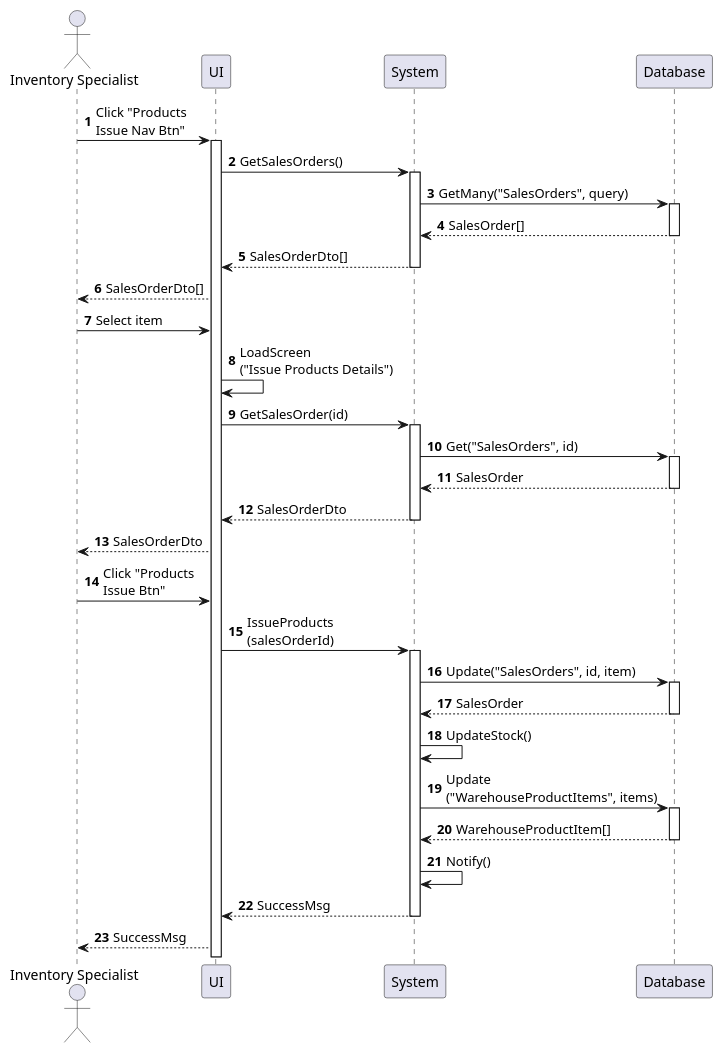
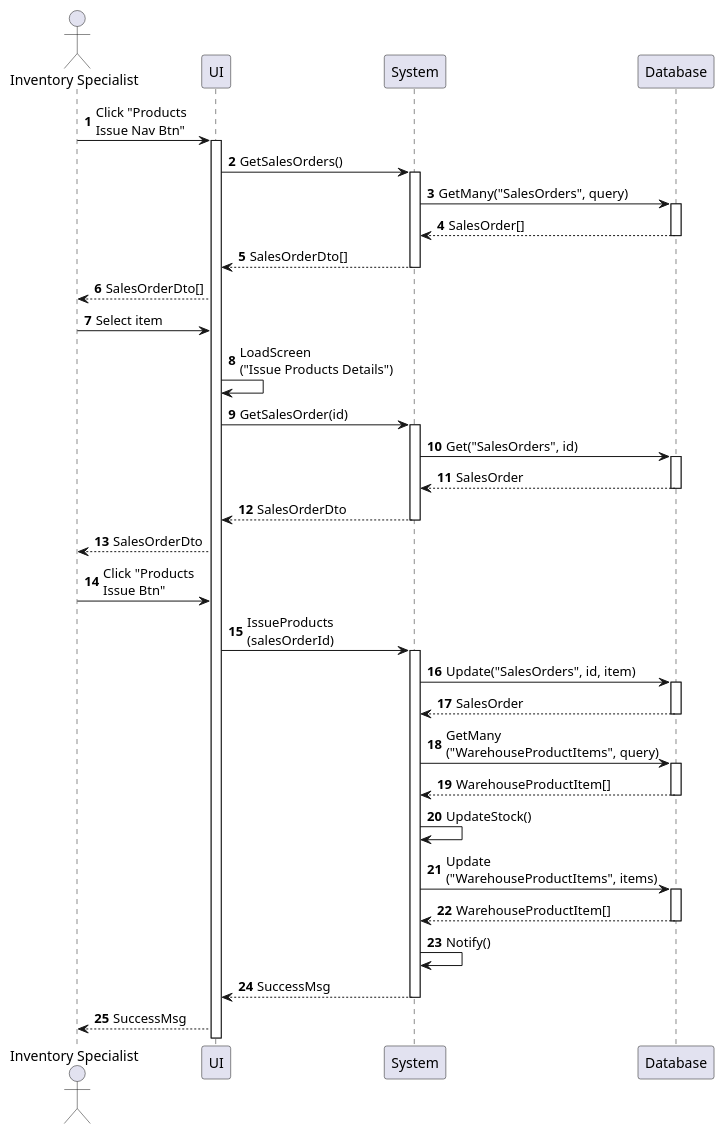
One commit to phihungha/scmss-reqs changed the diagram in sequences/inventory-product-issue.plantuml. Above: the diagram before and after it, drawn with PlantUML. The commit also changed 7 other files, not shown here.

Commit message:
Get warehouse items to update

```diff
--- a/sequences/inventory-product-issue.plantuml
+++ b/sequences/inventory-product-issue.plantuml
@@ -1,40 +1,43 @@
 @startuml inventory-product-issue
 autonumber
 
 actor "Inventory Specialist" as a
 participant UI as f
 participant System as b
 participant Database as d
 
 a -> f : Click "Products\nIssue Nav Btn"
 activate f
 f -> b : GetSalesOrders()
 activate b
 b -> d : GetMany("SalesOrders", query)
 activate d
 return SalesOrder[]
 return SalesOrderDto[]
 f --> a : SalesOrderDto[]
 a -> f : Select item
 f -> f : LoadScreen\n("Issue Products Details")
 f -> b : GetSalesOrder(id)
 activate b
 b -> d : Get("SalesOrders", id)
 activate d
 return SalesOrder
 return SalesOrderDto
 f --> a : SalesOrderDto
 a -> f : Click "Products\nIssue Btn"
 f -> b : IssueProducts\n(salesOrderId)
 activate b
 b -> d : Update("SalesOrders", id, item)
 activate d
 return SalesOrder
+b -> d : GetMany\n("WarehouseProductItems", query)
+activate d
+return WarehouseProductItem[]
 b -> b : UpdateStock()
 b -> d : Update\n("WarehouseProductItems", items)
 activate d
 return WarehouseProductItem[]
 b -> b : Notify()
 return SuccessMsg
 f --> a : SuccessMsg
 @enduml
```
